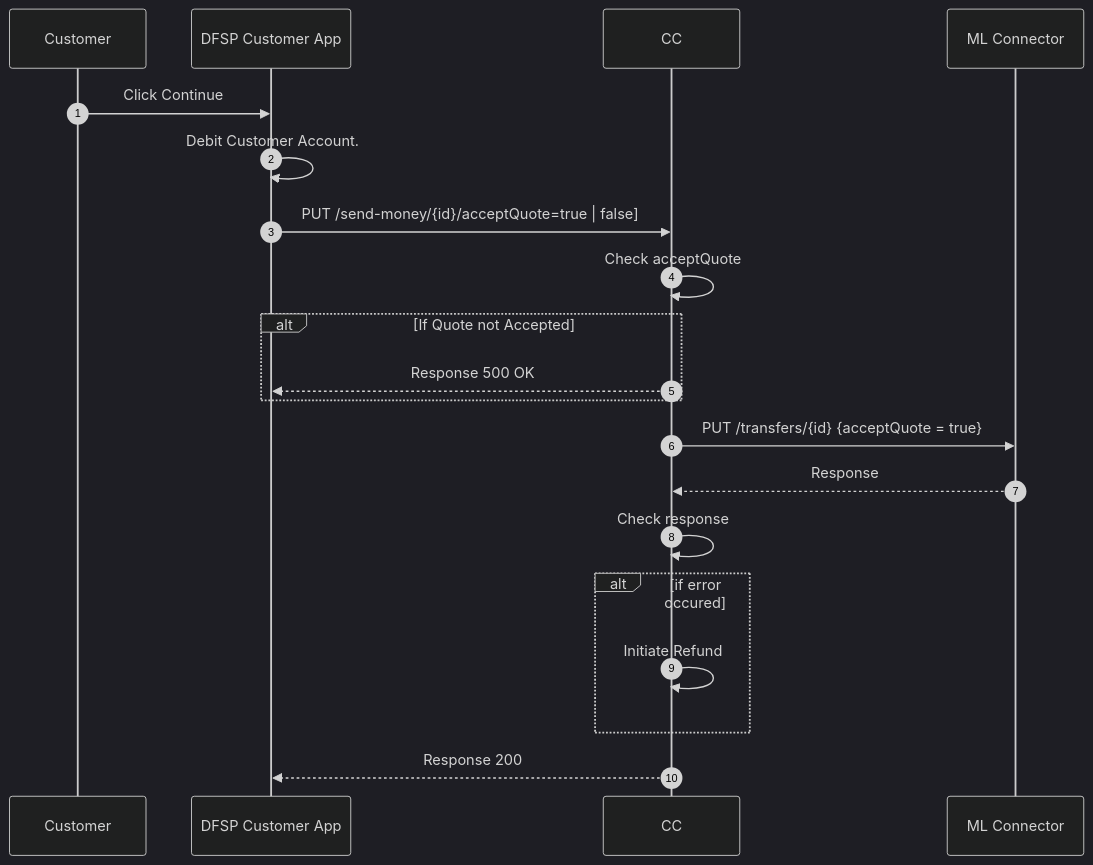
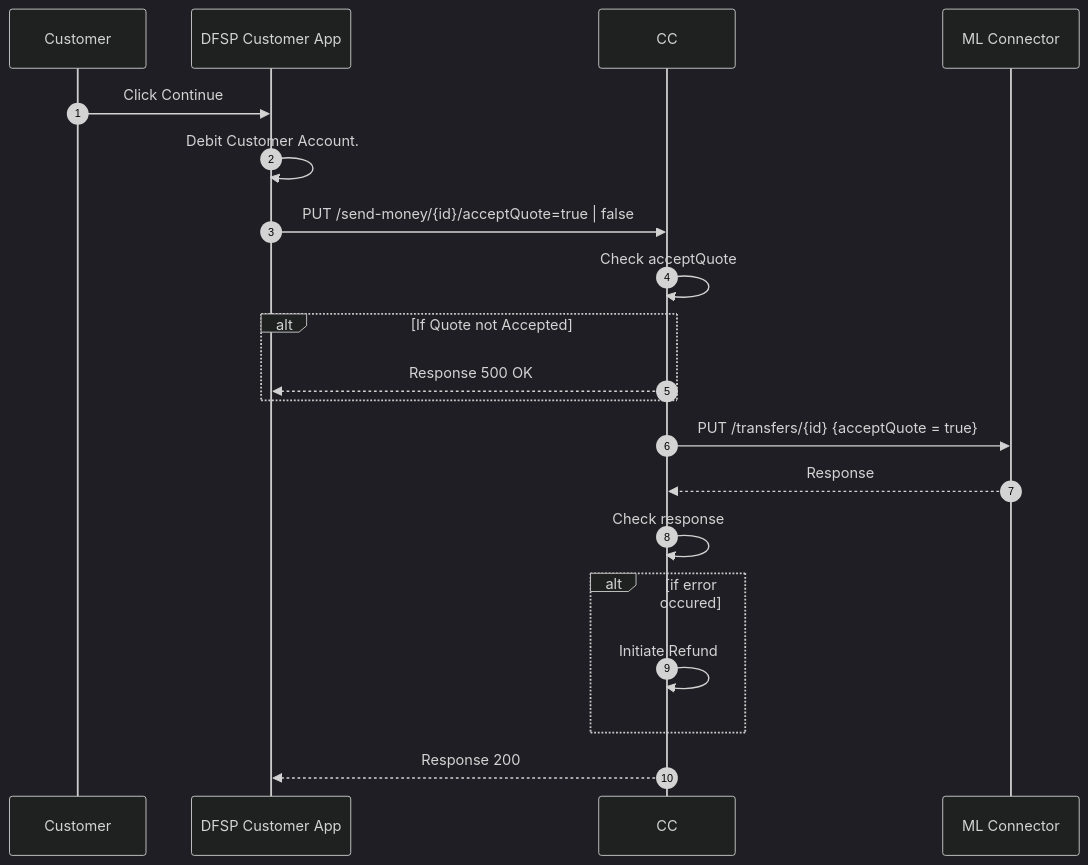
The diagram in national-bank-mw-core-connector/docs/payer-update-send-money.md (mojaloop/ml-reference-connectors), drawn with Mermaid (dark theme) before and after one commit. The commit also changed 7 other files, not shown here.

Commit message:
Tests: Mock tests for get parties and send money

````diff
--- a/national-bank-mw-core-connector/docs/payer-update-send-money.md
+++ b/national-bank-mw-core-connector/docs/payer-update-send-money.md
@@ -13,18 +13,18 @@
 ```mermaid
 sequenceDiagram
   autoNumber
   Customer ->> DFSP Customer App: Click Continue
   DFSP Customer App->> DFSP Customer App: Debit Customer Account.
-  DFSP Customer App->>CC: PUT /send-money/{id}/acceptQuote=true | false]
+  DFSP Customer App->>CC: PUT /send-money/{id}/acceptQuote=true | false
   CC->>CC: Check acceptQuote
   Alt If Quote not Accepted
   CC-->>DFSP Customer App: Response 500 OK
   End
   CC->>ML Connector:PUT  /transfers/{id} {acceptQuote = true}
   ML Connector-->>CC: Response
   CC->>CC: Check response
   Alt if error occured
   CC->>CC: Initiate Refund 
   End
   CC-->> DFSP Customer App: Response 200
 ```
````
